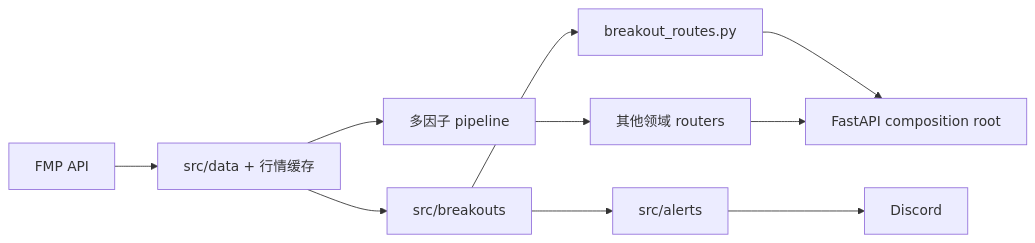
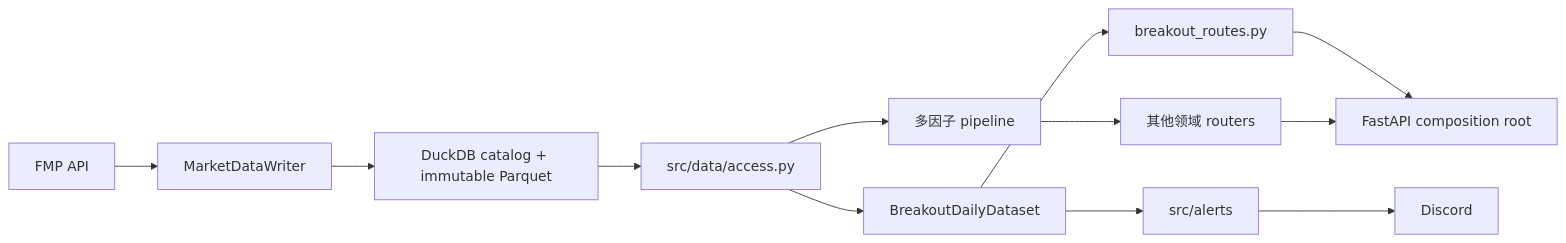
One commit to Clno1/quant-factor-framework changed the first of 2 diagrams in docs/intraday_momentum_monitor_design.md. Above: the diagram before and after it, drawn with Mermaid. The commit also changed other lines of this file and 152 other files, not shown here.

Commit message:
Rebuild research universes and factor data explorer

````diff
--- a/docs/intraday_momentum_monitor_design.md
+++ b/docs/intraday_momentum_monitor_design.md
@@ -71,12 +71,14 @@
 ```mermaid
 flowchart LR
-    FMP["FMP API"] --> DATA["src/data + 行情缓存"]
-    DATA --> FACTOR["多因子 pipeline"]
-    DATA --> BO["src/breakouts"]
+    FMP["FMP API"] --> DATA["MarketDataWriter"]
+    DATA --> STORE["DuckDB catalog + immutable Parquet"]
+    STORE --> ACCESS["src/data/access.py"]
+    ACCESS --> FACTOR["多因子 pipeline"]
+    ACCESS --> BO["BreakoutDailyDataset"]
     BO --> ALERT["src/alerts"]
     ALERT --> DISCORD["Discord"]
     BO --> BROUTER["breakout_routes.py"]
     FACTOR --> FROUTER["其他领域 routers"]
     BROUTER --> WEB["FastAPI composition root"]
     FROUTER --> WEB
 ```
````
